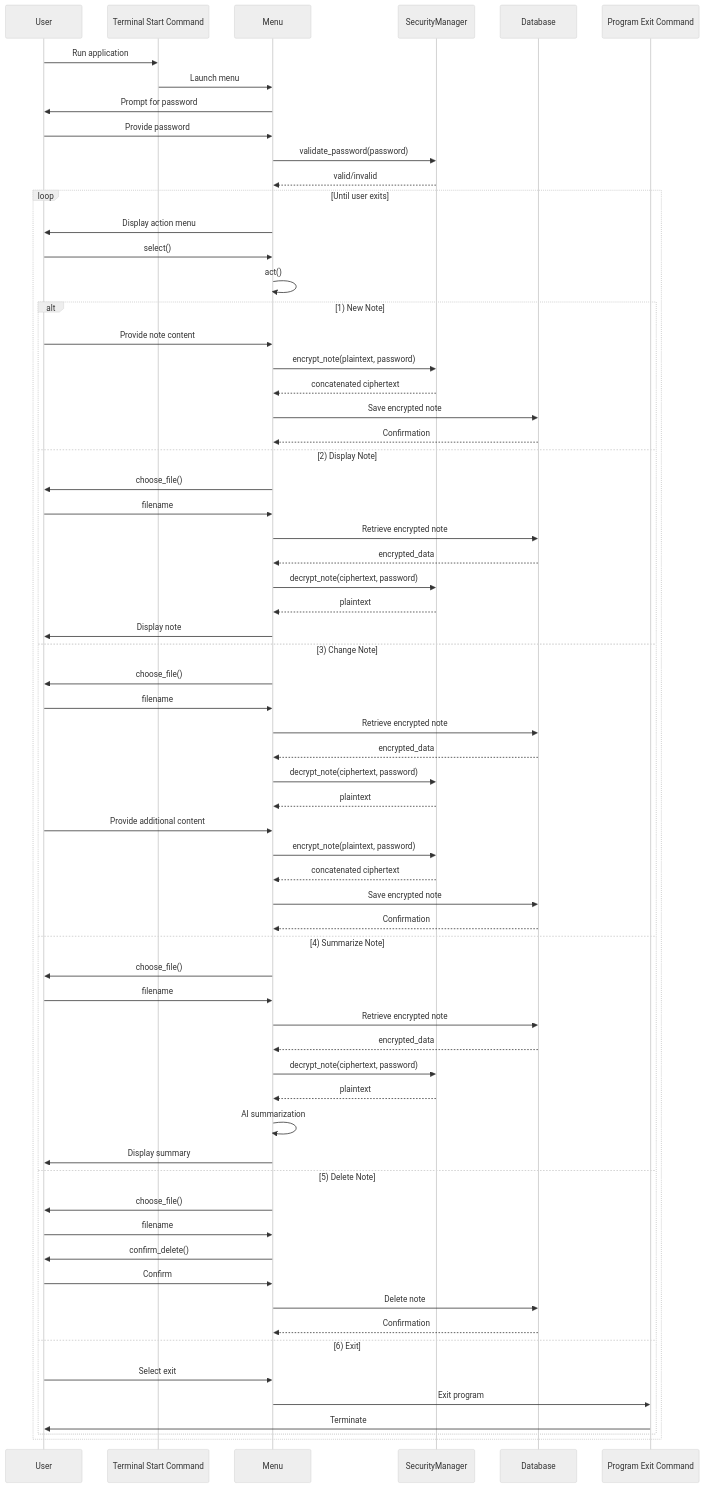
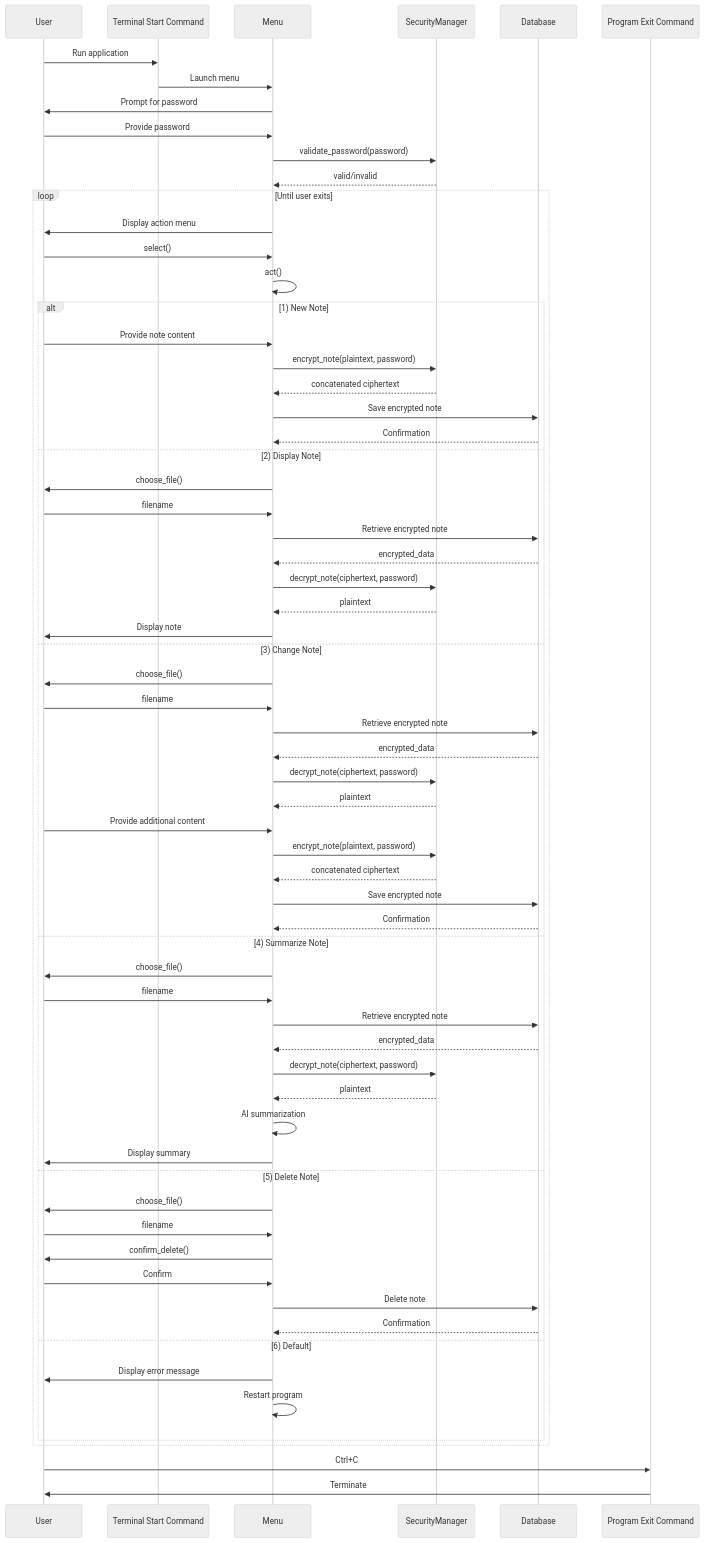
One commit to t-drape/SE300_Secure_Notes_App changed the diagram in HLD_Diagrams/SequenceDiagram.md. Above: the diagram before and after it, drawn with Mermaid (neutral theme).

````diff
--- a/HLD_Diagrams/SequenceDiagram.md
+++ b/HLD_Diagrams/SequenceDiagram.md
@@ -1,75 +1,77 @@
 ```mermaid
 sequenceDiagram
     participant User
     participant TSC as Terminal Start Command
     participant Menu
     participant SecurityManager
     participant Database
     participant PEC as Program Exit Command
     
     User->>TSC: Run application
     TSC->>Menu: Launch menu
     Menu->>User: Prompt for password
     User->>Menu: Provide password
     Menu->>SecurityManager: validate_password(password)
     SecurityManager-->>Menu: valid/invalid
     
     loop Until user exits
         Menu->>User: Display action menu
         User->>Menu: select()
         Menu->>Menu: act()
         
         alt 1) New Note
             User->>Menu: Provide note content
             Menu->>SecurityManager: encrypt_note(plaintext, password)
             SecurityManager-->>Menu: concatenated ciphertext
             Menu->>Database: Save encrypted note
             Database-->>Menu: Confirmation
 
         else 2) Display Note
             Menu->>User: choose_file()
             User->>Menu: filename
             Menu->>Database: Retrieve encrypted note
             Database-->>Menu: encrypted_data
             Menu->>SecurityManager: decrypt_note(ciphertext, password)
             SecurityManager-->>Menu: plaintext
             Menu->>User: Display note
 
         else 3) Change Note
             Menu->>User: choose_file()
             User->>Menu: filename
             Menu->>Database: Retrieve encrypted note
             Database-->>Menu: encrypted_data
             Menu->>SecurityManager: decrypt_note(ciphertext, password)
             SecurityManager-->>Menu: plaintext
             User->>Menu: Provide additional content
             Menu->>SecurityManager: encrypt_note(plaintext, password)
             SecurityManager-->>Menu: concatenated ciphertext
             Menu->>Database: Save encrypted note
             Database-->>Menu: Confirmation
 
         else 4) Summarize Note
             Menu->>User: choose_file()
             User->>Menu: filename
             Menu->>Database: Retrieve encrypted note
             Database-->>Menu: encrypted_data
             Menu->>SecurityManager: decrypt_note(ciphertext, password)
             SecurityManager-->>Menu: plaintext
             Menu->>Menu: AI summarization
             Menu->>User: Display summary
 
         else 5) Delete Note
             Menu->>User: choose_file()
             User->>Menu: filename
             Menu->>User: confirm_delete()
             User->>Menu: Confirm
             Menu->>Database: Delete note
             Database-->>Menu: Confirmation
 
-        else 6) Exit
-            User->>Menu: Select exit
-            Menu->>PEC: Exit program
-            PEC->>User: Terminate
+        else 6) Default
+            Menu->>User: Display error message
+            Menu->>Menu: Restart program
         end
     end
+    
+    User->>PEC: Ctrl+C
+    PEC->>User: Terminate
 ```
````
